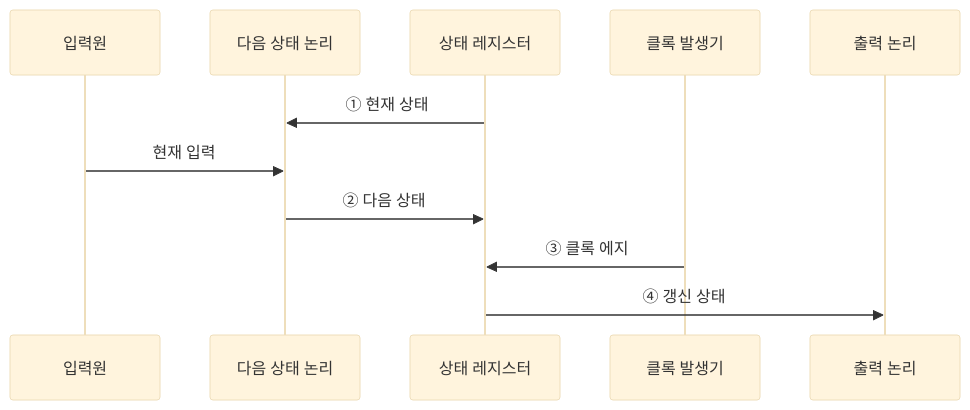
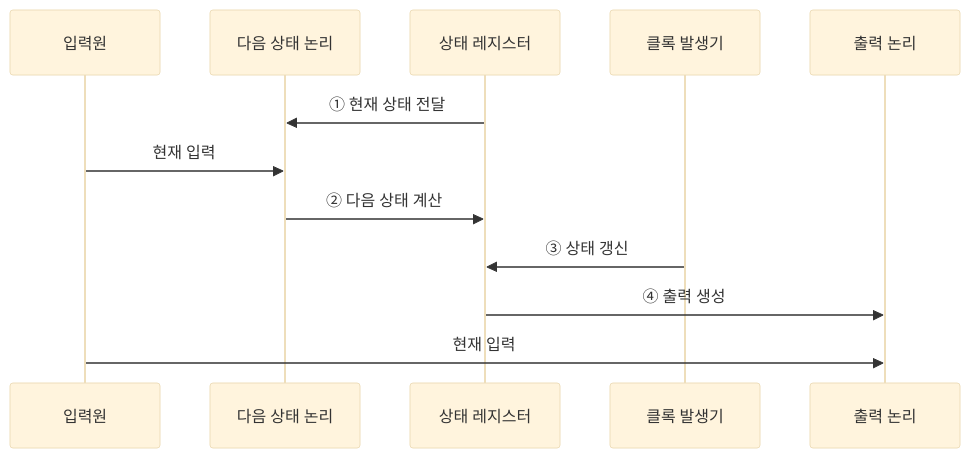
Before and after one commit to agnusdei1207/knowledge-base: the second of 2 diagrams in src/content/docs/notes/01-basic-theory/027_sequential_logic.md, drawn with Mermaid (base theme). The commit also changed other lines of this file and 20 other files, not shown here.

````diff
--- a/src/content/docs/notes/01-basic-theory/027_sequential_logic.md
+++ b/src/content/docs/notes/01-basic-theory/027_sequential_logic.md
@@ -79,13 +82,14 @@
 ```mermaid
 sequenceDiagram
     participant I as 입력원
     participant N as 다음 상태 논리
     participant R as 상태 레지스터
     participant C as 클록 발생기
     participant O as 출력 논리
-    R->>N: ① 현재 상태
+    R->>N: ① 현재 상태 전달
     I->>N: 현재 입력
-    N->>R: ② 다음 상태
-    C->>R: ③ 클록 에지
-    R->>O: ④ 갱신 상태
+    N->>R: ② 다음 상태 계산
+    C->>R: ③ 상태 갱신
+    R->>O: ④ 출력 생성
+    I->>O: 현재 입력
 ```
````
